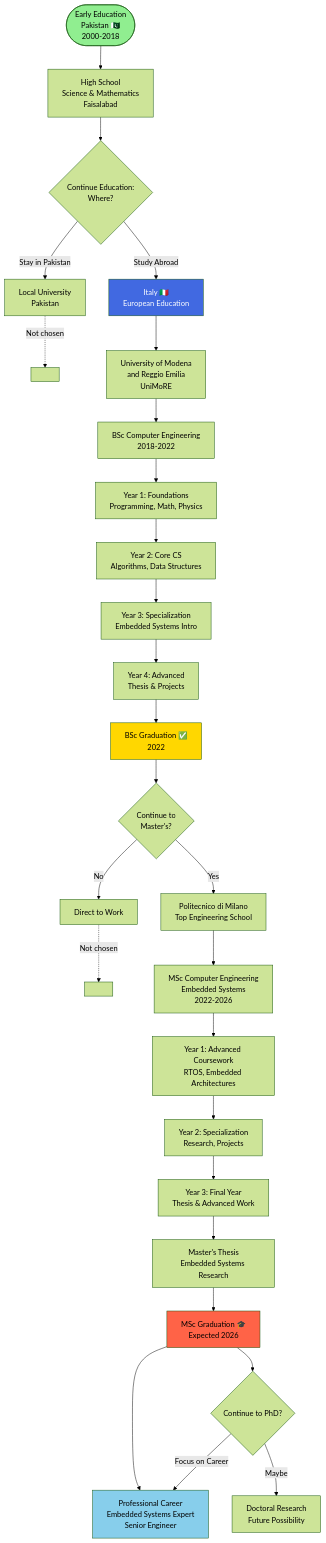
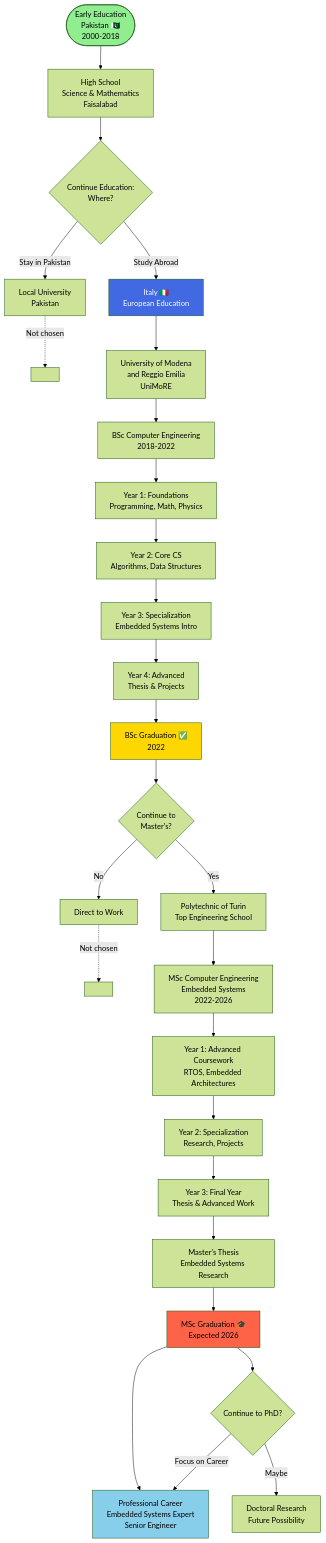
Before and after one commit to hamsta25/Himalaya: the second of 11 diagrams in diagrams/education-path.md, drawn with Mermaid (forest theme). The commit also changed other lines of this file and 10 other files, not shown here.

Commit message:
Update university name to Polytechnic of Turin and correct professional roles

````diff
--- a/diagrams/education-path.md
+++ b/diagrams/education-path.md
@@ -68,53 +68,53 @@
 ```mermaid
 graph TB
     Start([Early Education<br/>Pakistan 🇵🇰<br/>2000-2018])
     
     Start --> HS[High School<br/>Science & Mathematics<br/>Faisalabad]
     
     HS --> Decision{Continue Education:<br/>Where?}
     
     Decision -->|Stay in Pakistan| LocalPath[Local University<br/>Pakistan]
     Decision -->|Study Abroad| ItalyPath[Italy 🇮🇹<br/>European Education]
     
     LocalPath -.Not chosen.-> X1[ ]
     
     ItalyPath --> UniMORE[University of Modena<br/>and Reggio Emilia<br/>UniMoRE]
     
     UniMORE --> BSc[BSc Computer Engineering<br/>2018-2022]
     
     BSc --> Year1[Year 1: Foundations<br/>Programming, Math, Physics]
     Year1 --> Year2[Year 2: Core CS<br/>Algorithms, Data Structures]
     Year2 --> Year3[Year 3: Specialization<br/>Embedded Systems Intro]
     Year3 --> Year4[Year 4: Advanced<br/>Thesis & Projects]
     
     Year4 --> BScGrad[BSc Graduation ✅<br/>2022]
     
     BScGrad --> NextStep{Continue to<br/>Master's?}
     
-    NextStep -->|Yes| PoliMi[Politecnico di Milano<br/>Top Engineering School]
+    NextStep -->|Yes| Polito[Polytechnic of Turin<br/>Top Engineering School]
     NextStep -->|No| Work1[Direct to Work]
     
     Work1 -.Not chosen.-> X2[ ]
     
-    PoliMi --> MSc[MSc Computer Engineering<br/>Embedded Systems<br/>2022-2026]
+    Polito --> MSc[MSc Computer Engineering<br/>Embedded Systems<br/>2022-2026]
     
     MSc --> MScY1[Year 1: Advanced Coursework<br/>RTOS, Embedded Architectures]
     MScY1 --> MScY2[Year 2: Specialization<br/>Research, Projects]
     MScY2 --> MScY3[Year 3: Final Year<br/>Thesis & Advanced Work]
     
     MScY3 --> Thesis[Master's Thesis<br/>Embedded Systems Research]
     
     Thesis --> MScGrad[MSc Graduation 🎓<br/>Expected 2026]
     
     MScGrad --> Career[Professional Career<br/>Embedded Systems Expert<br/>Senior Engineer]
     
     MScGrad --> PhD{Continue to PhD?}
     PhD -->|Maybe| Research[Doctoral Research<br/>Future Possibility]
     PhD -->|Focus on Career| Career
     
     style Start fill:#90EE90
     style BScGrad fill:#FFD700
     style MScGrad fill:#FF6347
     style Career fill:#87CEEB
     style ItalyPath fill:#4169E1,color:#fff
 ```
````
